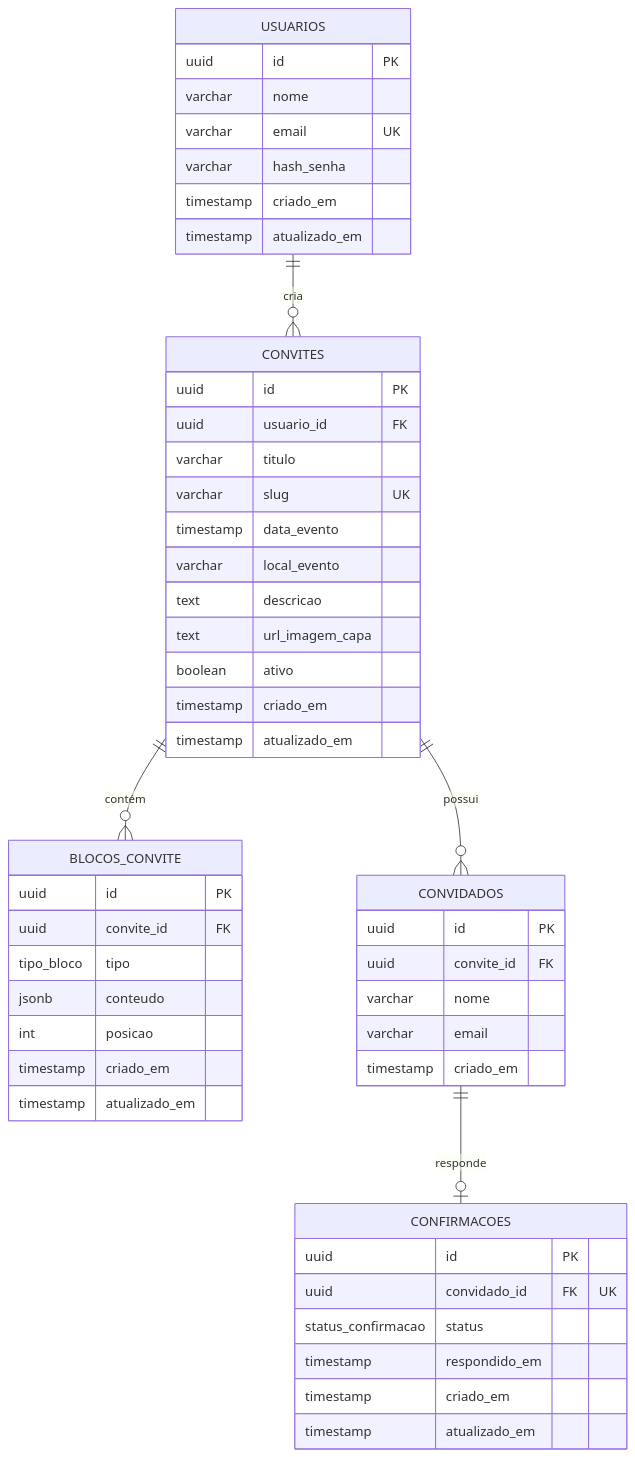
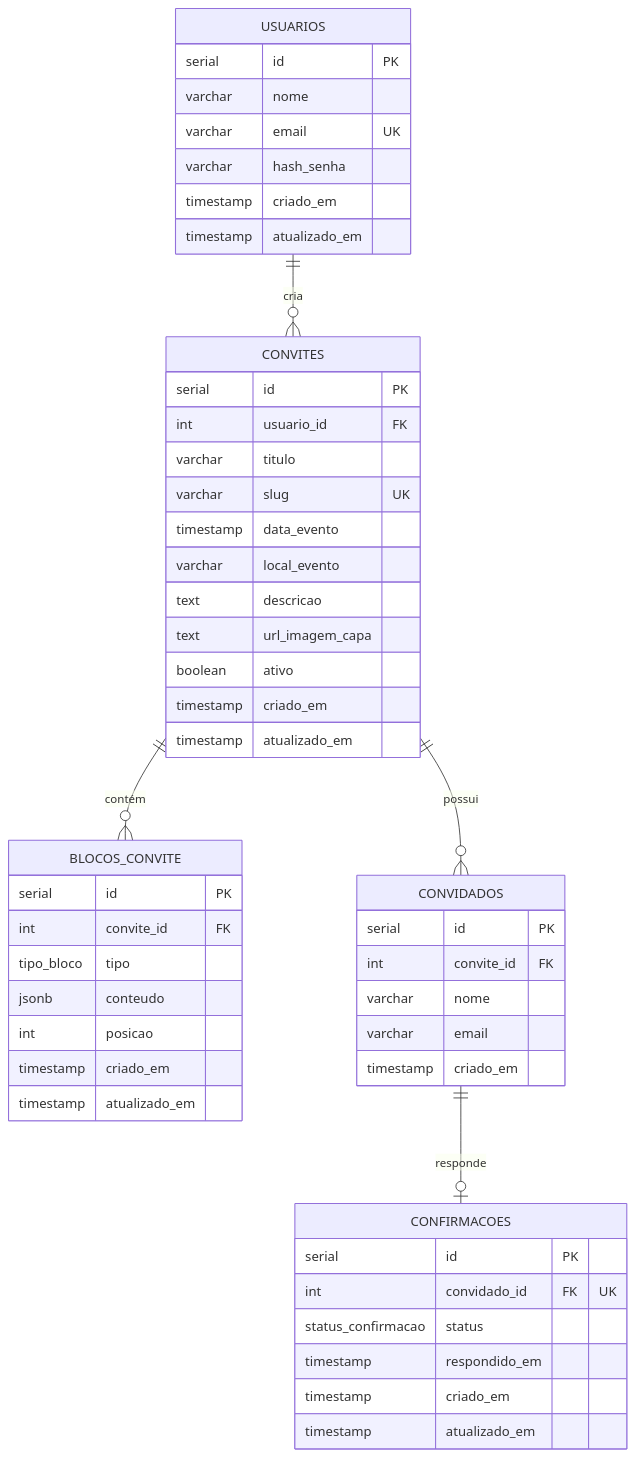
The diagram in docs/der.md (luanAfons0/ES3-project), drawn with Mermaid before and after one commit. The commit also changed 2 other files, not shown here.

Commit message:
update: ptbr docs

````diff
--- a/docs/der.md
+++ b/docs/der.md
@@ -3,57 +3,57 @@
 ```mermaid
 erDiagram
     USUARIOS {
-        uuid        id            PK
+        serial      id            PK
         varchar     nome
         varchar     email         UK
         varchar     hash_senha
         timestamp   criado_em
         timestamp   atualizado_em
     }
 
     CONVITES {
-        uuid        id            PK
-        uuid        usuario_id    FK
+        serial      id            PK
+        int         usuario_id    FK
         varchar     titulo
         varchar     slug          UK
         timestamp   data_evento
         varchar     local_evento
         text        descricao
         text        url_imagem_capa
         boolean     ativo
         timestamp   criado_em
         timestamp   atualizado_em
     }
 
     BLOCOS_CONVITE {
-        uuid        id            PK
-        uuid        convite_id    FK
+        serial      id            PK
+        int         convite_id    FK
         tipo_bloco  tipo
         jsonb       conteudo
         int         posicao
         timestamp   criado_em
         timestamp   atualizado_em
     }
 
     CONVIDADOS {
-        uuid        id            PK
-        uuid        convite_id    FK
+        serial      id            PK
+        int         convite_id    FK
         varchar     nome
         varchar     email
         timestamp   criado_em
     }
 
     CONFIRMACOES {
-        uuid                id            PK
-        uuid                convidado_id  FK "UK"
+        serial              id            PK
+        int                 convidado_id  FK "UK"
         status_confirmacao  status
         timestamp           respondido_em
         timestamp           criado_em
         timestamp           atualizado_em
     }
 
     USUARIOS        ||--o{ CONVITES        : "cria"
     CONVITES        ||--o{ BLOCOS_CONVITE  : "contém"
     CONVITES        ||--o{ CONVIDADOS      : "possui"
     CONVIDADOS      ||--o| CONFIRMACOES    : "responde"
 ```
````
